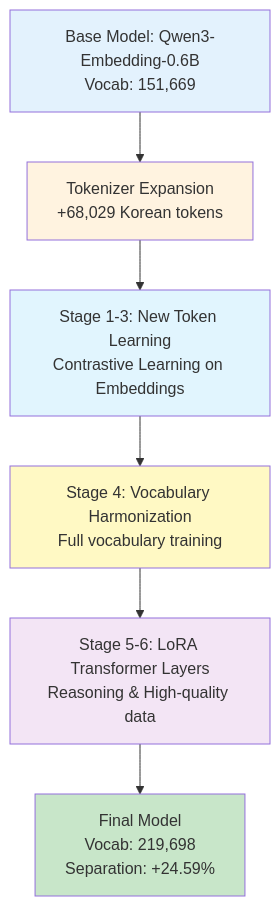
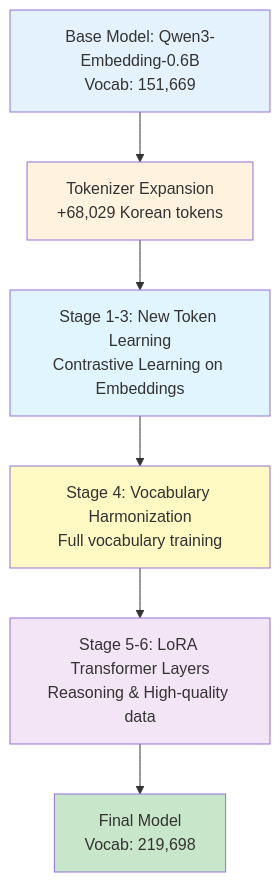
The diagram in README.md (gihong0303/KoQwen-Embedding), drawn with Mermaid before and after one commit. The commit also changed other lines of this file and 8 other files, not shown here.

````diff
--- a/README.md
+++ b/README.md
@@ -40,15 +40,15 @@
 ```mermaid
 graph TD
     A[Base Model: Qwen3-Embedding-0.6B<br/>Vocab: 151,669] --> B[Tokenizer Expansion<br/>+68,029 Korean tokens]
     B --> C[Stage 1-3: New Token Learning<br/>Contrastive Learning on Embeddings]
     C --> D[Stage 4: Vocabulary Harmonization<br/>Full vocabulary training]
     D --> E[Stage 5-6: LoRA Transformer Layers<br/>Reasoning & High-quality data]
-    E --> F[Final Model<br/>Vocab: 219,698<br/>Separation: +24.59%]
+    E --> F[Final Model<br/>Vocab: 219,698]
 
     style A fill:#e3f2fd
     style B fill:#fff3e0
     style C fill:#e1f5fe
     style D fill:#fff9c4
     style E fill:#f3e5f5
     style F fill:#c8e6c9
 ```
````
